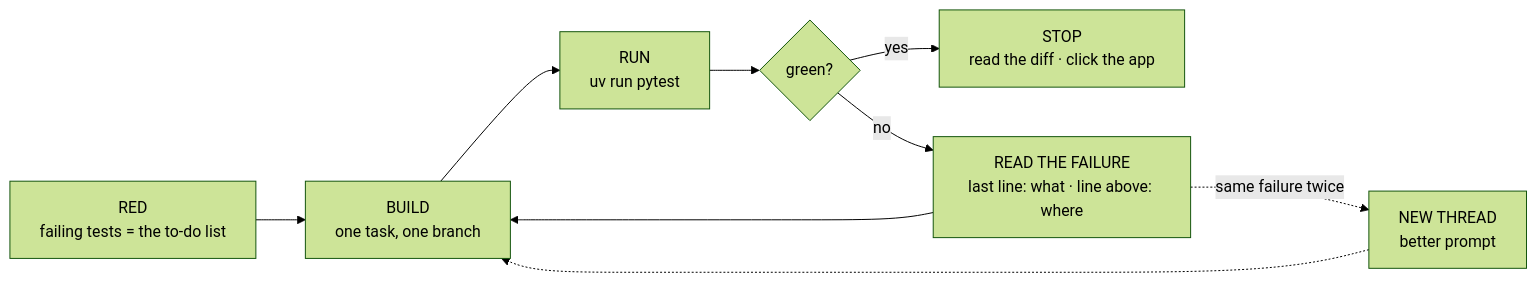
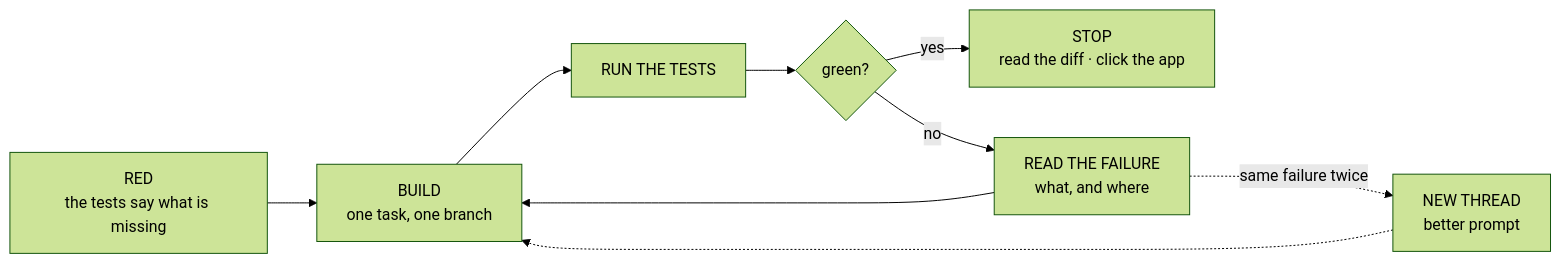
Before and after one commit to Nova-SBE-Introduction-to-Programming/intro-to-programming-2026: the diagram in decks/diagrams/loop.mmd, drawn with Mermaid (forest theme). The commit also changed 14 other files, not shown here.

```diff
--- a/decks/diagrams/loop.mmd
+++ b/decks/diagrams/loop.mmd
@@ -1,14 +1,14 @@
 flowchart LR
-  RED["RED<br/>failing tests = the to-do list"]
+  RED["RED<br/>the tests say what is missing"]
   B["BUILD<br/>one task, one branch"]
-  RUN["RUN<br/>uv run pytest"]
+  RUN["RUN THE TESTS"]
   Q{"green?"}
   STOP["STOP<br/>read the diff · click the app"]
-  READ["READ THE FAILURE<br/>last line: what · line above: where"]
+  READ["READ THE FAILURE<br/>what, and where"]
   NEW["NEW THREAD<br/>better prompt"]
   RED --> B --> RUN --> Q
   Q -->|"yes"| STOP
   Q -->|"no"| READ
   READ --> B
   READ -.->|"same failure twice"| NEW
   NEW -.-> B
```
